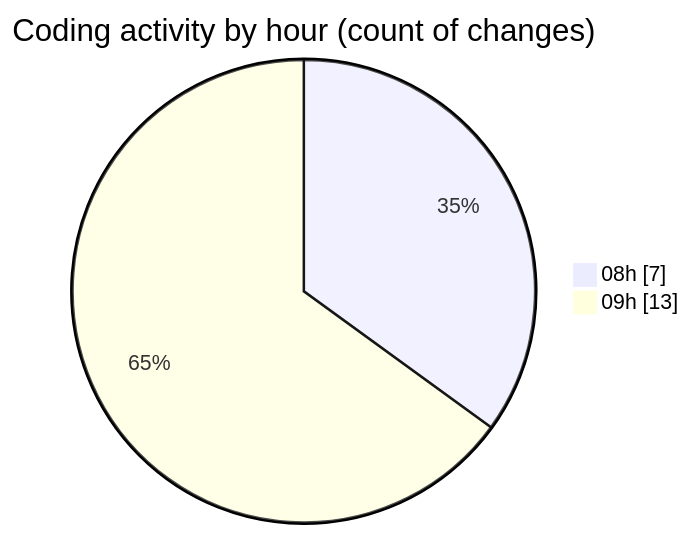
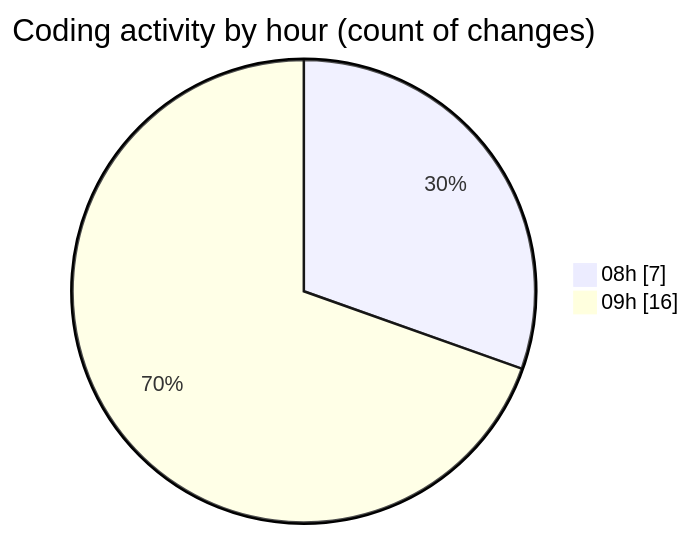
Before and after one commit to momahboobian/code-tracking: the second of 2 diagrams in 2026-09-04/cda/README.md, drawn with Mermaid. The commit also changed other lines of this file and 1 other file, not shown here.

````diff
--- a/2026-09-04/cda/README.md
+++ b/2026-09-04/cda/README.md
@@ -33,6 +34,6 @@
 ```mermaid
 pie showData
 title Coding activity by hour (count of changes)
 "08h" : 7
-"09h" : 13
+"09h" : 16
 ```
````
